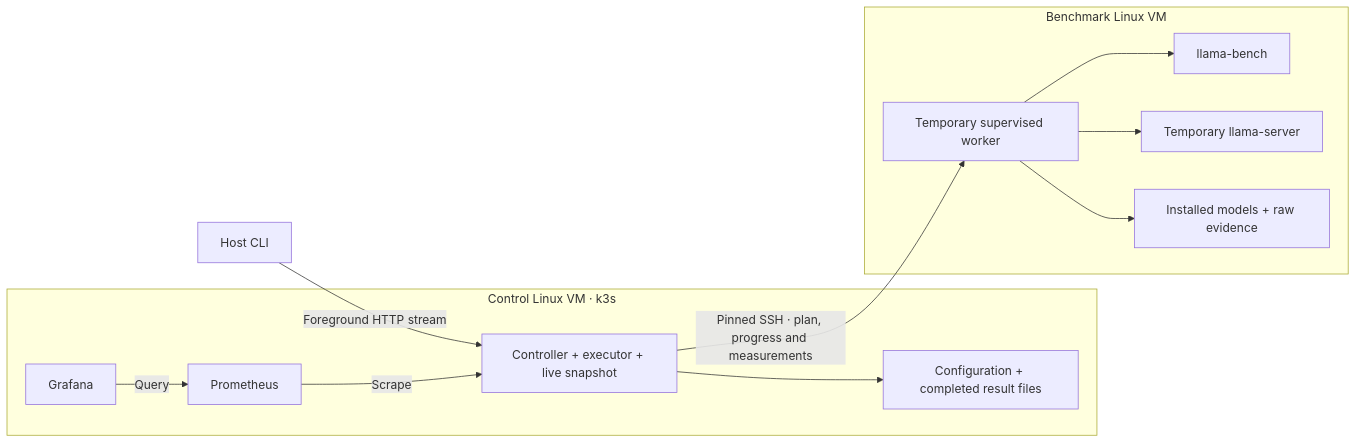
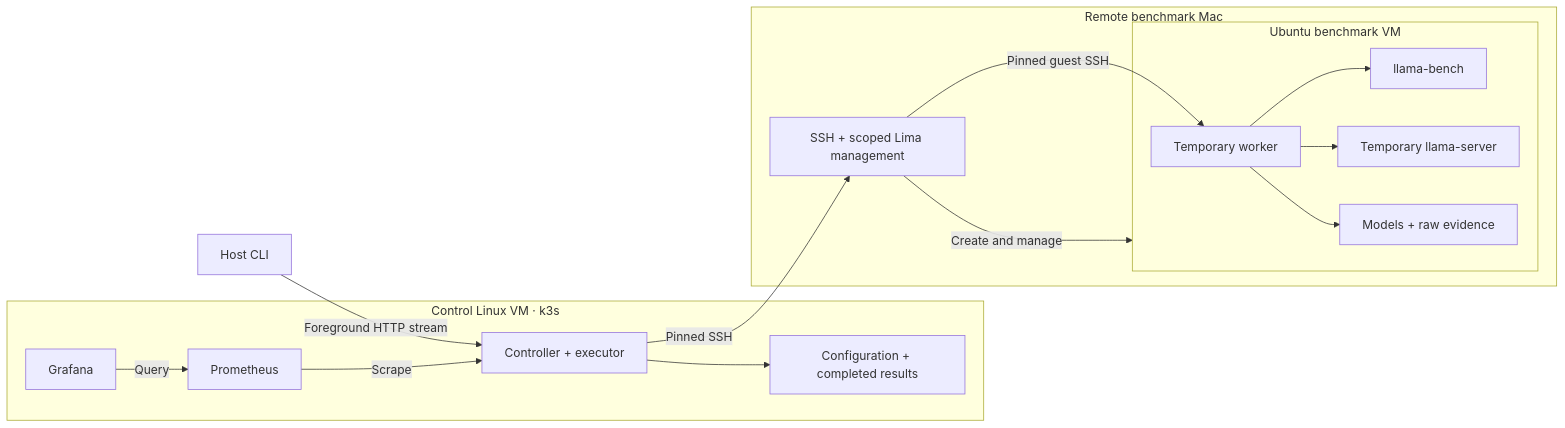
One commit to ashwat287/modelGauge changed the diagram in README.md. Above: the diagram before and after it, drawn with Mermaid. The commit also changed other lines of this file and 6 other files, not shown here.

````diff
--- a/README.md
+++ b/README.md
@@ -248,15 +272,19 @@
 ```mermaid
 flowchart LR
   CLI[Host CLI] -->|Foreground HTTP stream| C
   subgraph Control[Control Linux VM · k3s]
-    C[Controller + executor + live snapshot] --> F[Configuration + completed result files]
+    C[Controller + executor] --> F[Configuration + completed results]
     P[Prometheus] -->|Scrape| C
     G[Grafana] -->|Query| P
   end
-  C -->|Pinned SSH · plan, progress and measurements| W
-  subgraph Node[Benchmark Linux VM]
-    W[Temporary supervised worker] --> B[llama-bench]
-    W --> S[Temporary llama-server]
-    W --> E[Installed models + raw evidence]
+  C -->|Pinned SSH| H
+  subgraph Mac[Remote benchmark Mac]
+    H[SSH + scoped Lima management] -->|Create and manage| Node
+    H -->|Pinned guest SSH| W
+    subgraph Node[Ubuntu benchmark VM]
+      W[Temporary worker] --> B[llama-bench]
+      W --> S[Temporary llama-server]
+      W --> E[Models + raw evidence]
+    end
   end
 ```
````
